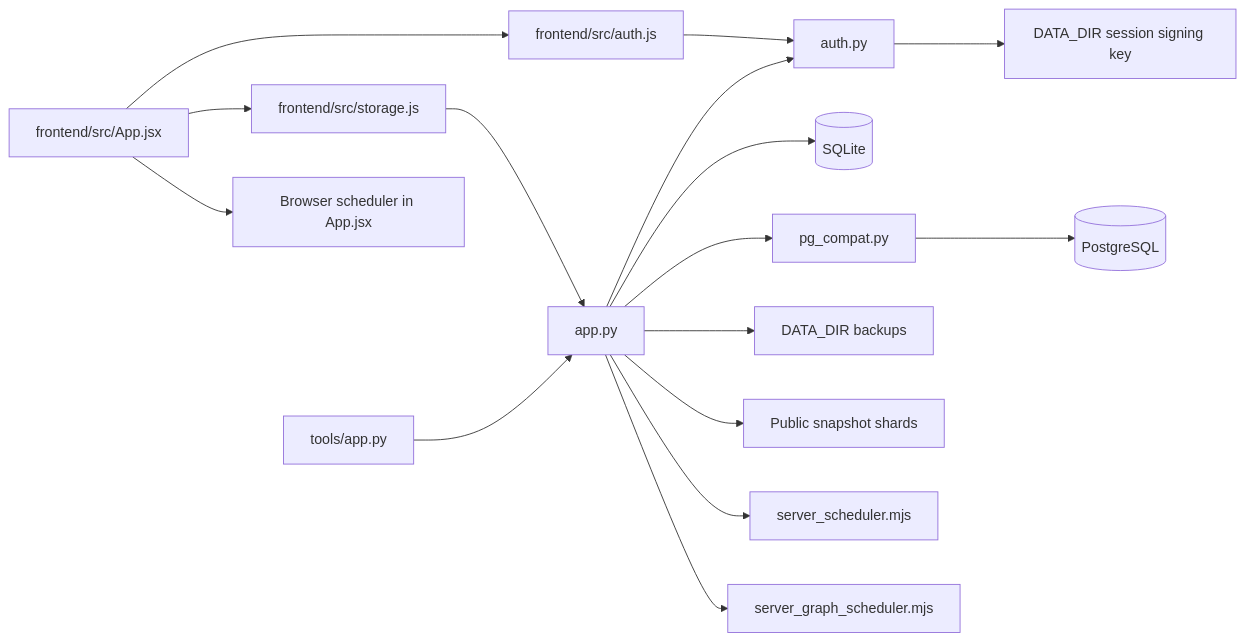
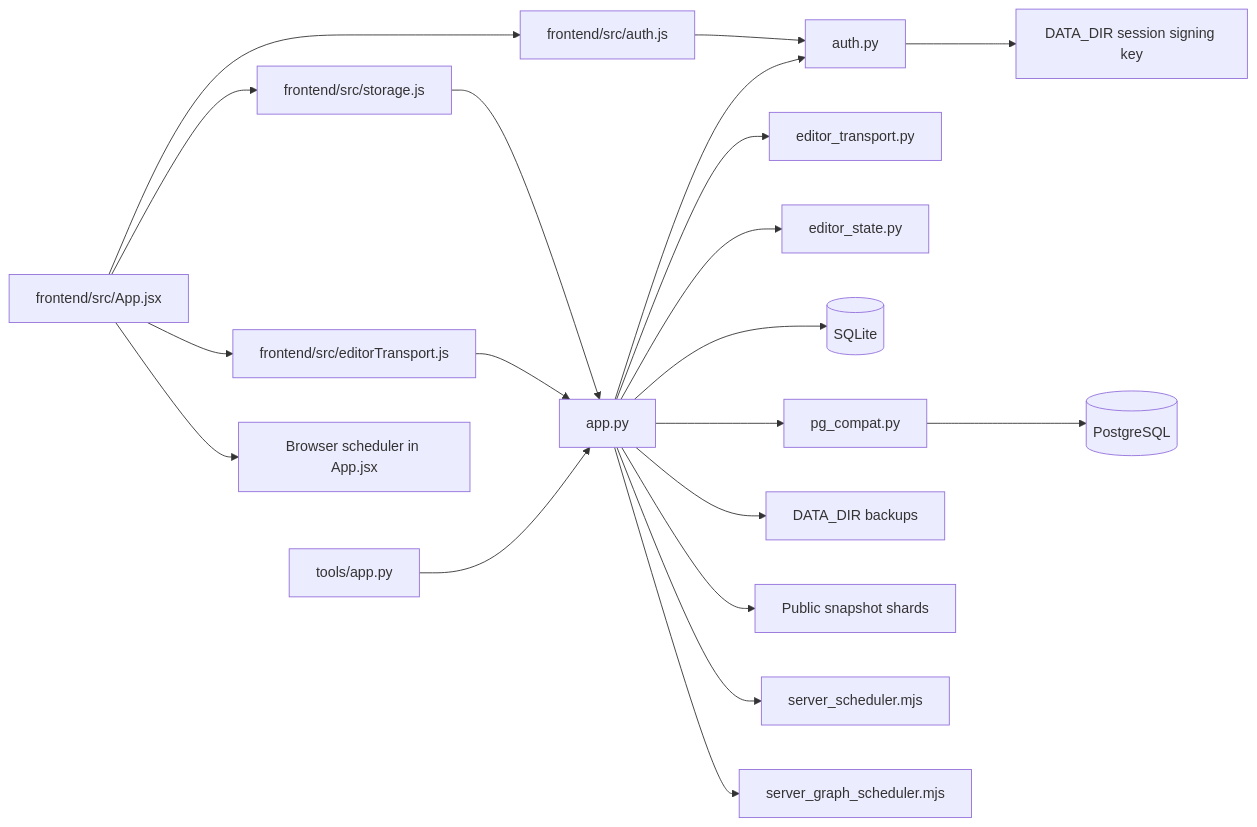
Before and after one commit to Utkautka1/timetable22: the first of 4 diagrams in docs/UML.md, drawn with Mermaid. The commit also changed other lines of this file and 16 other files, not shown here.

````diff
--- a/docs/UML.md
+++ b/docs/UML.md
@@ -7,18 +7,22 @@
 ```mermaid
 flowchart LR
     Browser[frontend/src/App.jsx] --> AuthClient[frontend/src/auth.js]
     Browser --> StorageClient[frontend/src/storage.js]
+    Browser --> EditorClient[frontend/src/editorTransport.js]
     AuthClient --> Auth[auth.py]
     StorageClient --> API[app.py]
+    EditorClient --> API
+    API --> EditorTransport[editor_transport.py]
+    API --> EditorState[editor_state.py]
     Legacy[tools/app.py] --> API
     API --> Auth
     Auth --> Key[DATA_DIR session signing key]
     API --> SQLite[(SQLite)]
     API --> PgCompat[pg_compat.py]
     PgCompat --> Postgres[(PostgreSQL)]
     API --> Backups[DATA_DIR backups]
     API --> Public[Public snapshot shards]
     API --> Scheduler[server_scheduler.mjs]
     API --> GraphScheduler[server_graph_scheduler.mjs]
     Browser --> ClientScheduler[Browser scheduler in App.jsx]
 ```
````
